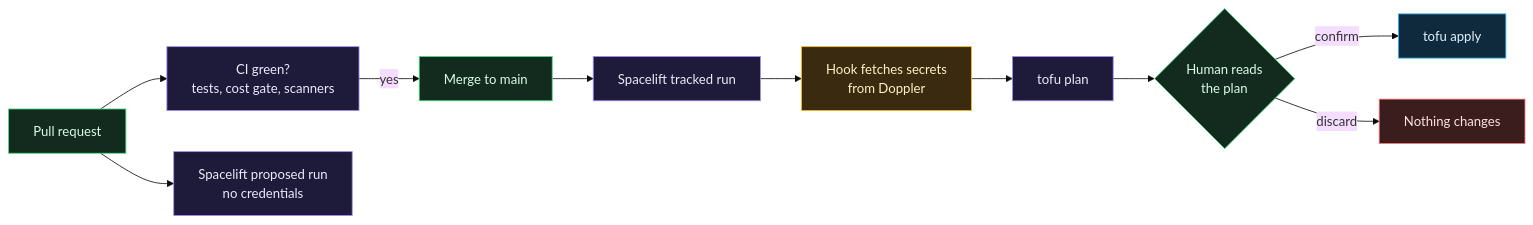
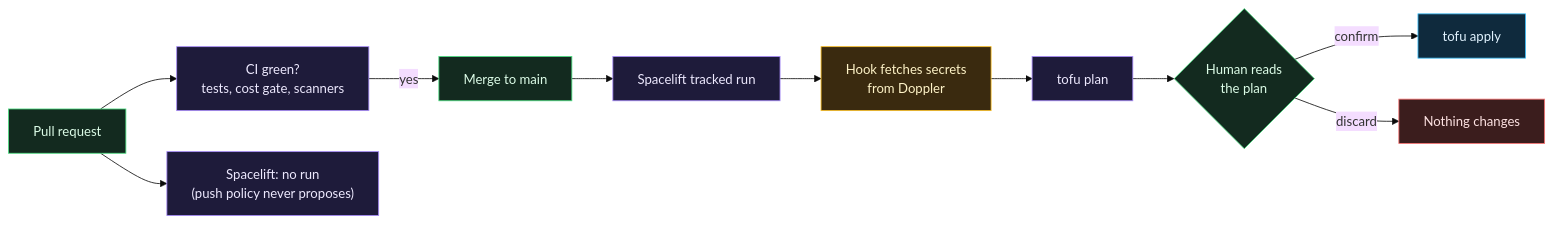
The second of 4 diagrams in docs/wiki/Architecture-Overview.md (ChiefGyk3D/Clouds-Against-Humanity), drawn with Mermaid (base theme) before and after one commit. The commit also changed other lines of this file and 34 other files, not shown here.

First line of the commit message:
docs: start-from-zero wiki track; Spacelift push policy; CI and wiki publishing on GYST only (#19)

````diff
--- a/docs/wiki/Architecture-Overview.md
+++ b/docs/wiki/Architecture-Overview.md
@@ -82,18 +84,18 @@
 ```mermaid
 flowchart LR
     pr["Pull request"]:::you --> ci["CI green?<br/>tests, cost gate, scanners"]:::ctrl
-    pr --> prop["Spacelift proposed run<br/>no credentials"]:::ctrl
+    pr --> prop["Spacelift: no run<br/>(push policy never proposes)"]:::ctrl
     ci -- "yes" --> merge["Merge to main"]:::you
     merge --> tracked["Spacelift tracked run"]:::ctrl
     tracked --> hook["Hook fetches secrets<br/>from Doppler"]:::secret
     hook --> plan["tofu plan"]:::ctrl
     plan --> human{"Human reads<br/>the plan"}:::you
     human -- "confirm" --> apply["tofu apply"]:::cloud
     human -- "discard" --> stop["Nothing changes"]:::ext
 
     classDef you fill:#132a1f,stroke:#4ade80,color:#dcfce7
     classDef ext fill:#3b1d1d,stroke:#f87171,color:#fde2e2
     classDef ctrl fill:#1e1b3a,stroke:#a78bfa,color:#ede9fe
     classDef cloud fill:#0f2a3d,stroke:#38bdf8,color:#e0f2fe
     classDef secret fill:#3a2a0f,stroke:#fbbf24,color:#fef3c7
 ```
````
